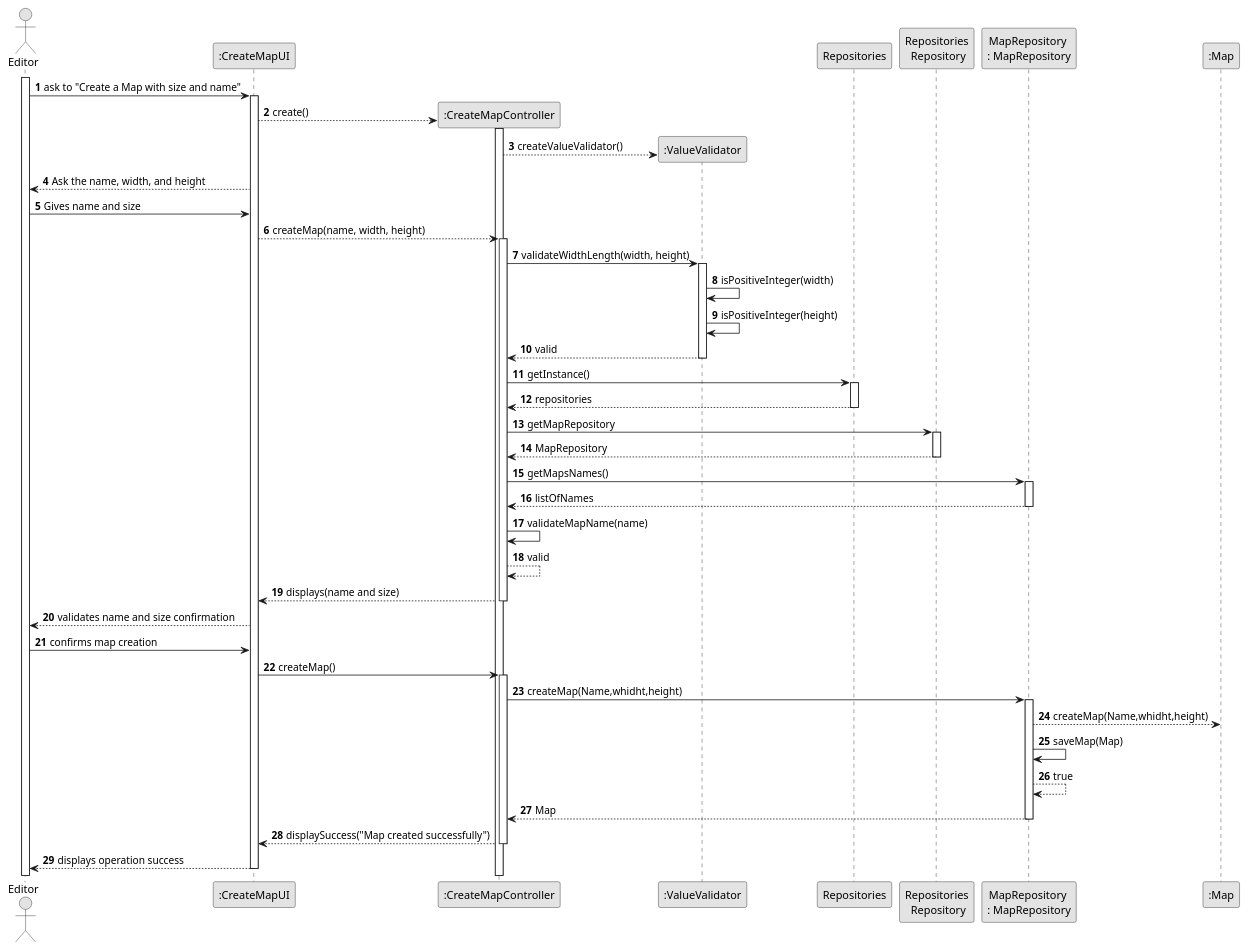
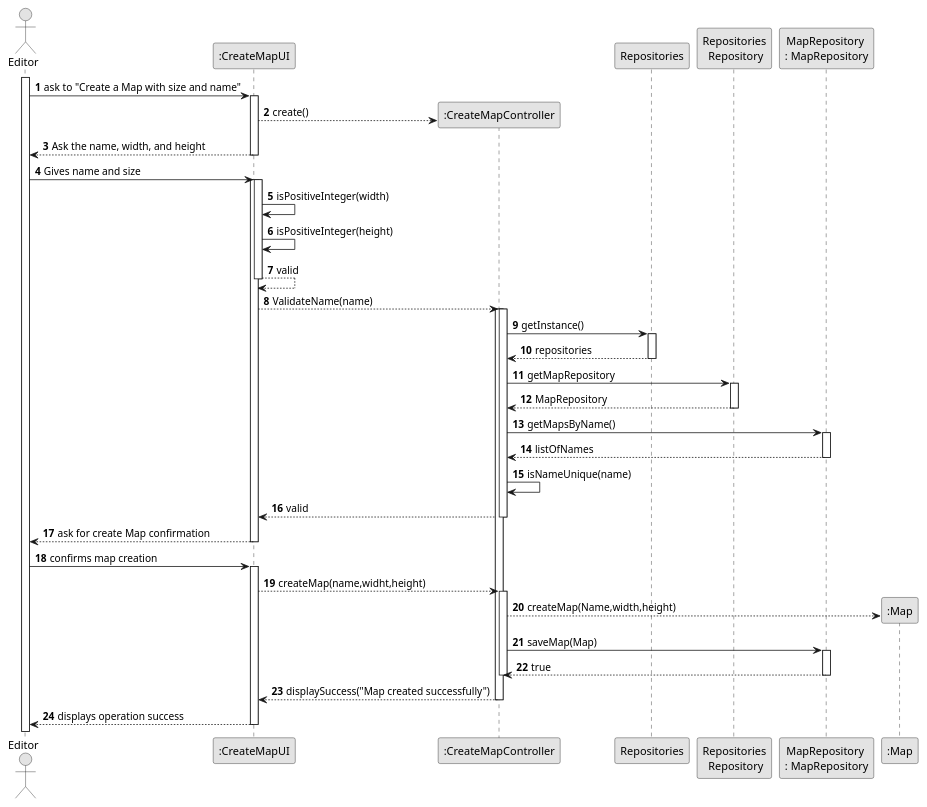
Before and after one commit to 1240826/empire-on-tracks: the diagram in docs/system-documentation/US001/03.design/puml/US001-SD-full.puml, drawn with PlantUML. The commit also changed 3 other files, not shown here.

```diff
--- a/docs/system-documentation/US001/03.design/puml/US001-SD-full.puml
+++ b/docs/system-documentation/US001/03.design/puml/US001-SD-full.puml
@@ -1,111 +1,119 @@
 @startuml
 skinparam monochrome true
 skinparam packageStyle rectangle
 skinparam shadowing false
 
 autonumber
 
 actor "Editor" as Employee
 participant ":CreateMapUI" as UI
 participant ":CreateMapController" as Controller
-participant ":ValueValidator" as Validator
+
 participant "Repositories" as Rep
 participant "Repositories\n Repository" as Repos
 participant "MapRepository \n: MapRepository" as Repository
 
 participant ":Map" as Map
 
 activate Employee
 
     Employee -> UI : ask to "Create a Map with size and name"
     activate UI
 
             UI --> Controller** : create()
-            activate Controller
-            Controller-->Validator**:createValueValidator()
 
 
 
         UI --> Employee : Ask the name, width, and height
+        deactivate UI
 
 
 
 
 
 
 
     Employee -> UI : Gives name and size
-
-
-        UI --> Controller  : createMap(name, width, height)
-        activate Controller
-
-            Controller -> Validator : validateWidthLength(width, height)
-            activate Validator
-
-            Validator -> Validator : isPositiveInteger(width)
-            Validator -> Validator : isPositiveInteger(height)
-            Validator --> Controller : valid
-            deactivate Validator
+    activate UI
 
 
 
 
 
 
+            activate UI
 
+            UI -> UI : isPositiveInteger(width)
+            UI -> UI : isPositiveInteger(height)
+            UI --> UI : valid
+            deactivate UI
+             UI --> Controller  : ValidateName(name)
+             activate Controller
+
+
+
+
+
+
+activate Controller
             Controller->Rep: getInstance()
             activate Rep
 
             Rep-->Controller:repositories
             deactivate Rep
             Controller->Repos:getMapRepository
             activate Repos
             Repos--> Controller:MapRepository
             deactivate Repos
 
-            Controller->Repository:getMapsNames()
+            Controller->Repository:getMapsByName()
             activate Repository
             Repository-->Controller:listOfNames
             deactivate Repository
 
 
 
-                Controller -> Controller : validateMapName(name)
-                Controller-->Controller:valid
-                Controller-->UI:displays(name and size)
+                Controller -> Controller : isNameUnique(name)
+
+                Controller-->UI:valid
 
                 deactivate Controller
 
 
-                    UI --> Employee :validates name and size confirmation
+                    UI --> Employee :ask for create Map confirmation
+                    deactivate UI
 
 
                     Employee -> UI : confirms map creation
+                    activate UI
 
 
-                    UI -> Controller: createMap()
+                    UI --> Controller: createMap(name,widht,height)
                     activate Controller
 
-                    Controller->Repository:createMap(Name,whidht,height)
+                    Controller-->Map**:createMap(Name,width,height)
+                    Controller->Repository:saveMap(Map)
                     activate Repository
 
-                            Repository-->Map : createMap(Name,whidht,height)
-                            Repository->Repository:saveMap(Map)
-                            Repository-->Repository:true
-                            Repository-->Controller:Map
+
+
+                            Repository-->Controller:true
+
                         deactivate Repository
+                        deactivate Controller
 
 
 
                     Controller --> UI : displaySuccess("Map created successfully")
 
 
 
 
 
         deactivate Controller
+
         UI-->Employee:displays operation success
+
     deactivate UI
 
 @enduml
```
